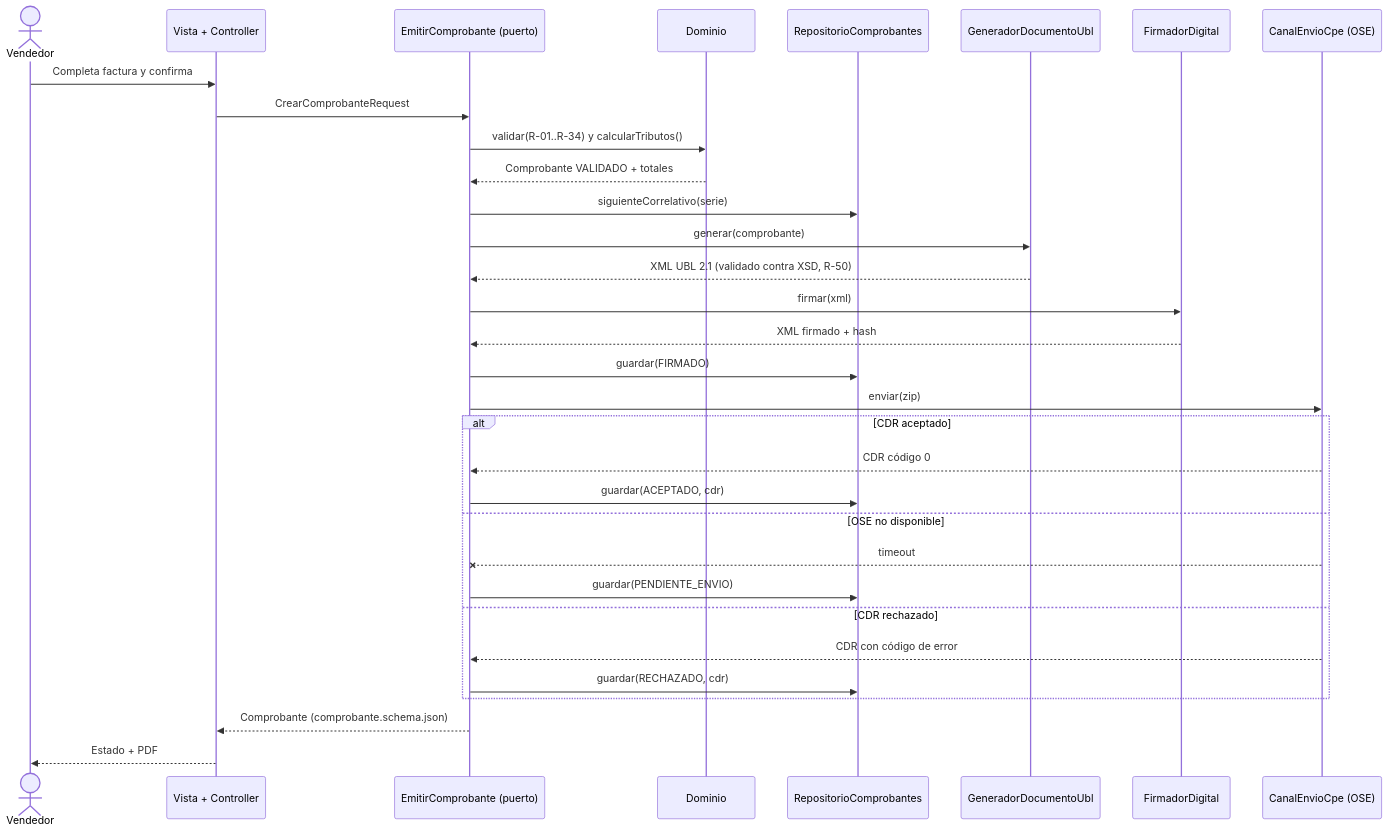
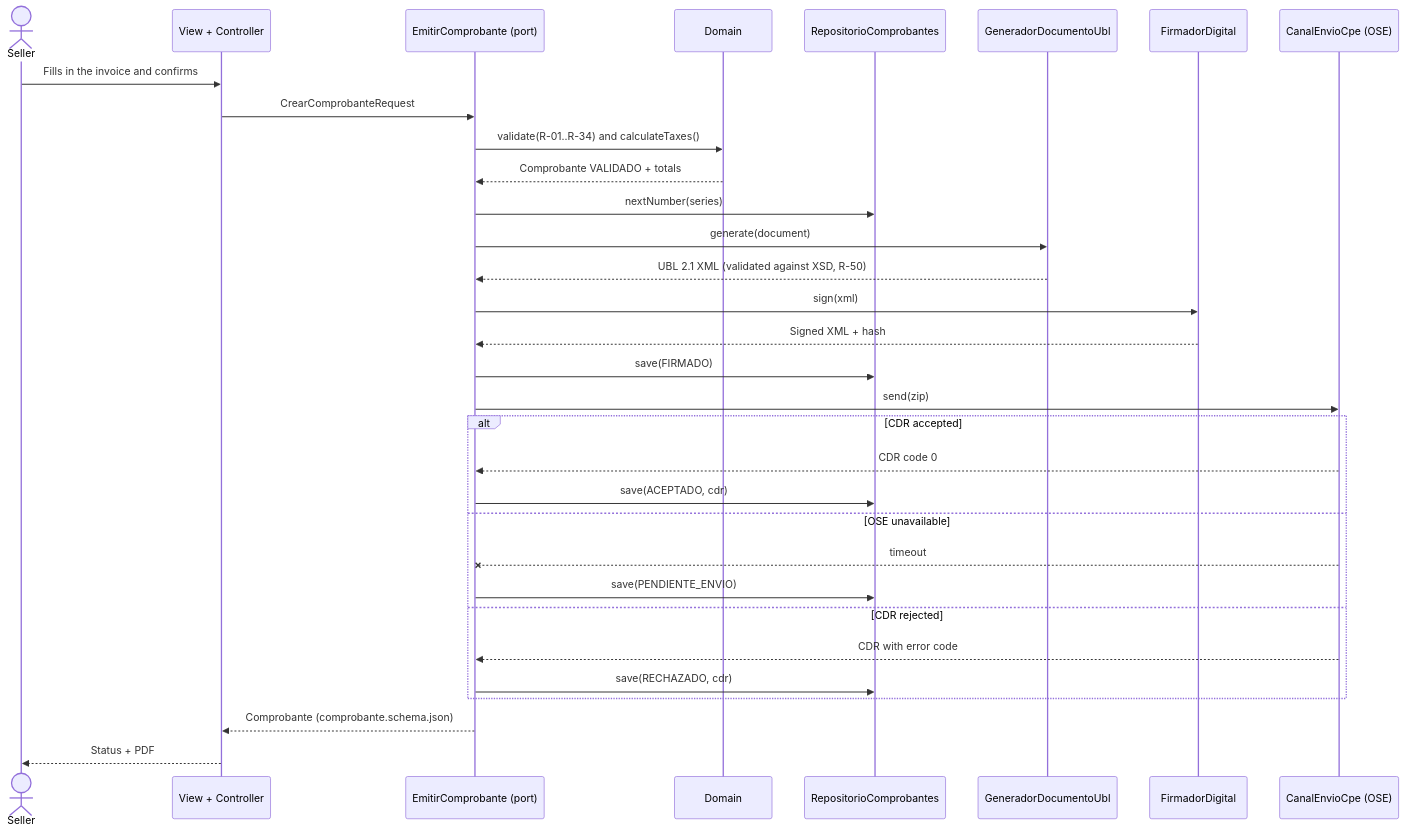
Before and after one commit to lourdesxiomara/MEDIOCURSO: the fourth of 5 diagrams in specs/03-arquitectura/arquitectura.md, drawn with Mermaid. The commit also changed other lines of this file, not shown here.

````diff
--- a/specs/03-arquitectura/arquitectura.md
+++ b/specs/03-arquitectura/arquitectura.md
@@ -164,34 +164,34 @@
 ```mermaid
 sequenceDiagram
-  actor V as Vendedor
-  participant UI as Vista + Controller
-  participant S as EmitirComprobante (puerto)
-  participant D as Dominio
+  actor V as Seller
+  participant UI as View + Controller
+  participant S as EmitirComprobante (port)
+  participant D as Domain
   participant R as RepositorioComprobantes
   participant X as GeneradorDocumentoUbl
   participant F as FirmadorDigital
   participant O as CanalEnvioCpe (OSE)
-  V->>UI: Completa factura y confirma
+  V->>UI: Fills in the invoice and confirms
   UI->>S: CrearComprobanteRequest
-  S->>D: validar(R-01..R-34) y calcularTributos()
-  D-->>S: Comprobante VALIDADO + totales
-  S->>R: siguienteCorrelativo(serie)
-  S->>X: generar(comprobante)
-  X-->>S: XML UBL 2.1 (validado contra XSD, R-50)
-  S->>F: firmar(xml)
-  F-->>S: XML firmado + hash
-  S->>R: guardar(FIRMADO)
-  S->>O: enviar(zip)
-  alt CDR aceptado
-    O-->>S: CDR código 0
-    S->>R: guardar(ACEPTADO, cdr)
-  else OSE no disponible
+  S->>D: validate(R-01..R-34) and calculateTaxes()
+  D-->>S: Comprobante VALIDADO + totals
+  S->>R: nextNumber(series)
+  S->>X: generate(document)
+  X-->>S: UBL 2.1 XML (validated against XSD, R-50)
+  S->>F: sign(xml)
+  F-->>S: Signed XML + hash
+  S->>R: save(FIRMADO)
+  S->>O: send(zip)
+  alt CDR accepted
+    O-->>S: CDR code 0
+    S->>R: save(ACEPTADO, cdr)
+  else OSE unavailable
     O--xS: timeout
-    S->>R: guardar(PENDIENTE_ENVIO)
-  else CDR rechazado
-    O-->>S: CDR con código de error
-    S->>R: guardar(RECHAZADO, cdr)
+    S->>R: save(PENDIENTE_ENVIO)
+  else CDR rejected
+    O-->>S: CDR with error code
+    S->>R: save(RECHAZADO, cdr)
   end
   S-->>UI: Comprobante (comprobante.schema.json)
-  UI-->>V: Estado + PDF
+  UI-->>V: Status + PDF
 ```
````
